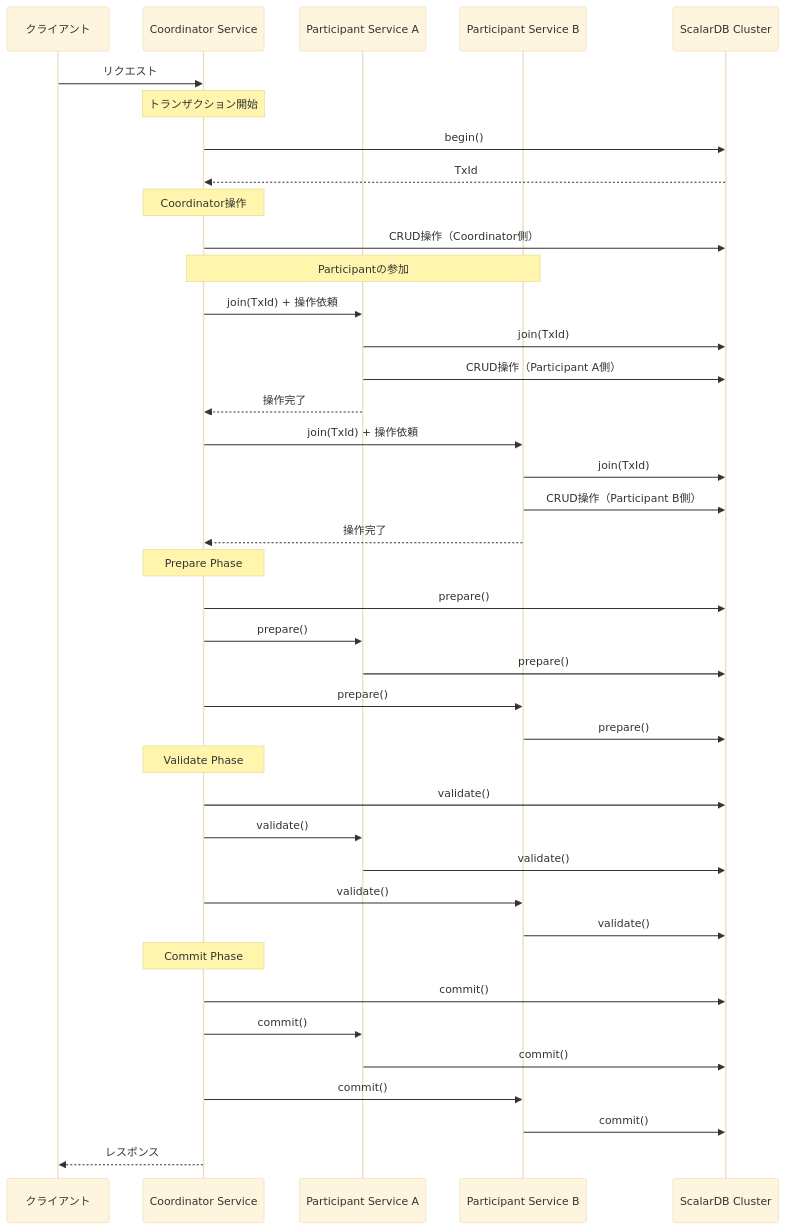
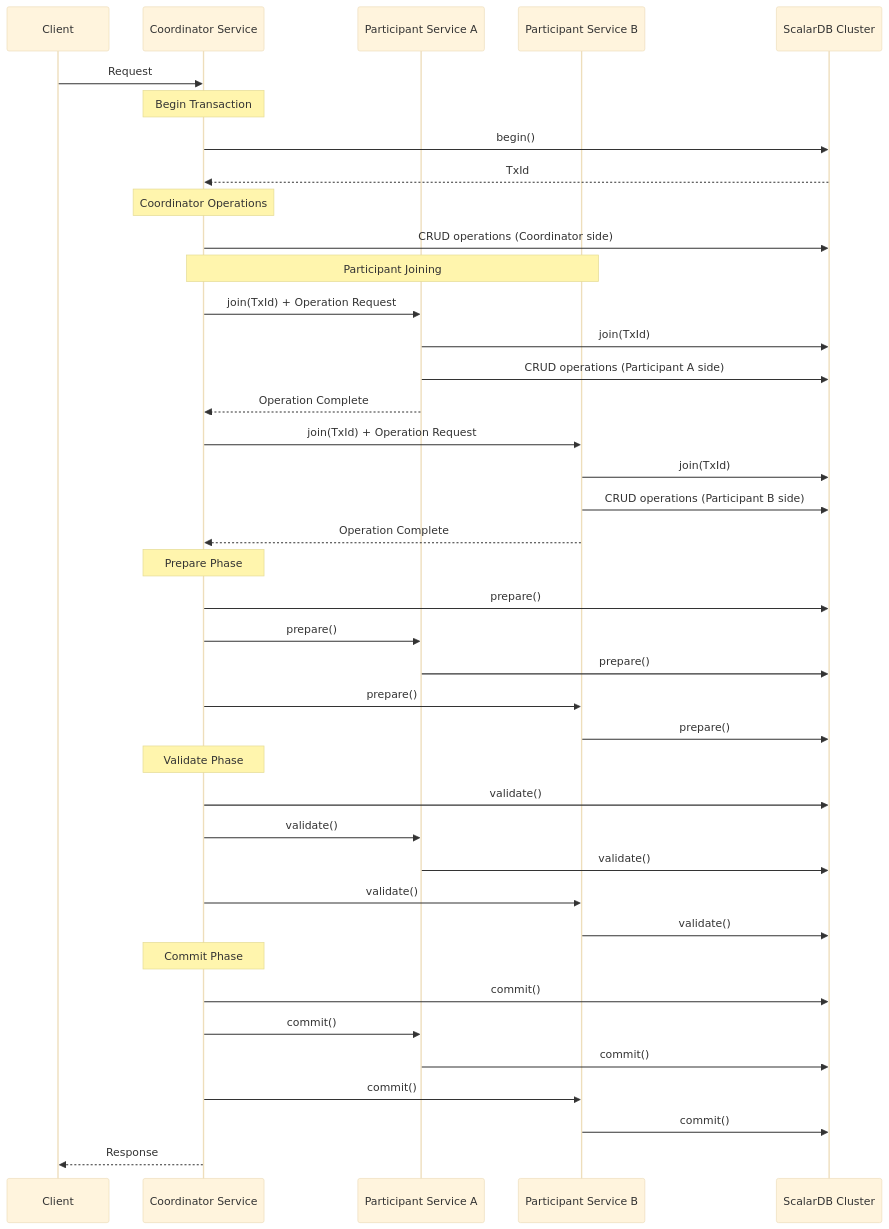
Before and after one commit to wfukatsu/nexus-architect: the second of 5 diagrams in workflow/greenfield/05_transaction_design.md, drawn with Mermaid (base theme). The commit also changed other lines of this file, not shown here.

Commit message:
docs: Translate step 05 (transaction design) to English

````diff
--- a/workflow/greenfield/05_transaction_design.md
+++ b/workflow/greenfield/05_transaction_design.md
@@ -100,51 +100,51 @@
 ```mermaid
 sequenceDiagram
-    participant Client as クライアント
+    participant Client as Client
     participant Coord as Coordinator Service
     participant P1 as Participant Service A
     participant P2 as Participant Service B
     participant ScalarDB as ScalarDB Cluster
 
-    Client->>Coord: リクエスト
+    Client->>Coord: Request
 
-    Note over Coord: トランザクション開始
+    Note over Coord: Begin Transaction
     Coord->>ScalarDB: begin()
     ScalarDB-->>Coord: TxId
 
-    Note over Coord: Coordinator操作
-    Coord->>ScalarDB: CRUD操作（Coordinator側）
+    Note over Coord: Coordinator Operations
+    Coord->>ScalarDB: CRUD operations (Coordinator side)
 
-    Note over Coord,P2: Participantの参加
-    Coord->>P1: join(TxId) + 操作依頼
+    Note over Coord,P2: Participant Joining
+    Coord->>P1: join(TxId) + Operation Request
     P1->>ScalarDB: join(TxId)
-    P1->>ScalarDB: CRUD操作（Participant A側）
-    P1-->>Coord: 操作完了
+    P1->>ScalarDB: CRUD operations (Participant A side)
+    P1-->>Coord: Operation Complete
 
-    Coord->>P2: join(TxId) + 操作依頼
+    Coord->>P2: join(TxId) + Operation Request
     P2->>ScalarDB: join(TxId)
-    P2->>ScalarDB: CRUD操作（Participant B側）
-    P2-->>Coord: 操作完了
+    P2->>ScalarDB: CRUD operations (Participant B side)
+    P2-->>Coord: Operation Complete
 
     Note over Coord: Prepare Phase
     Coord->>ScalarDB: prepare()
     Coord->>P1: prepare()
     P1->>ScalarDB: prepare()
     Coord->>P2: prepare()
     P2->>ScalarDB: prepare()
 
     Note over Coord: Validate Phase
     Coord->>ScalarDB: validate()
     Coord->>P1: validate()
     P1->>ScalarDB: validate()
     Coord->>P2: validate()
     P2->>ScalarDB: validate()
 
     Note over Coord: Commit Phase
     Coord->>ScalarDB: commit()
     Coord->>P1: commit()
     P1->>ScalarDB: commit()
     Coord->>P2: commit()
     P2->>ScalarDB: commit()
 
-    Coord-->>Client: レスポンス
+    Coord-->>Client: Response
 ```
````
